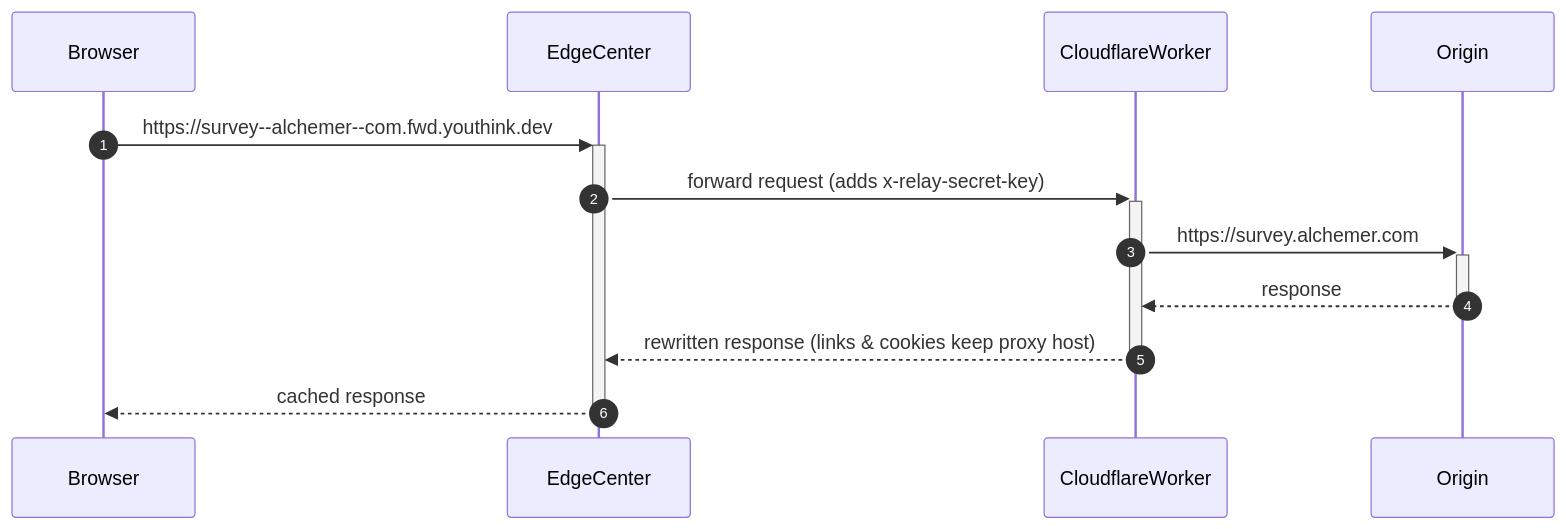
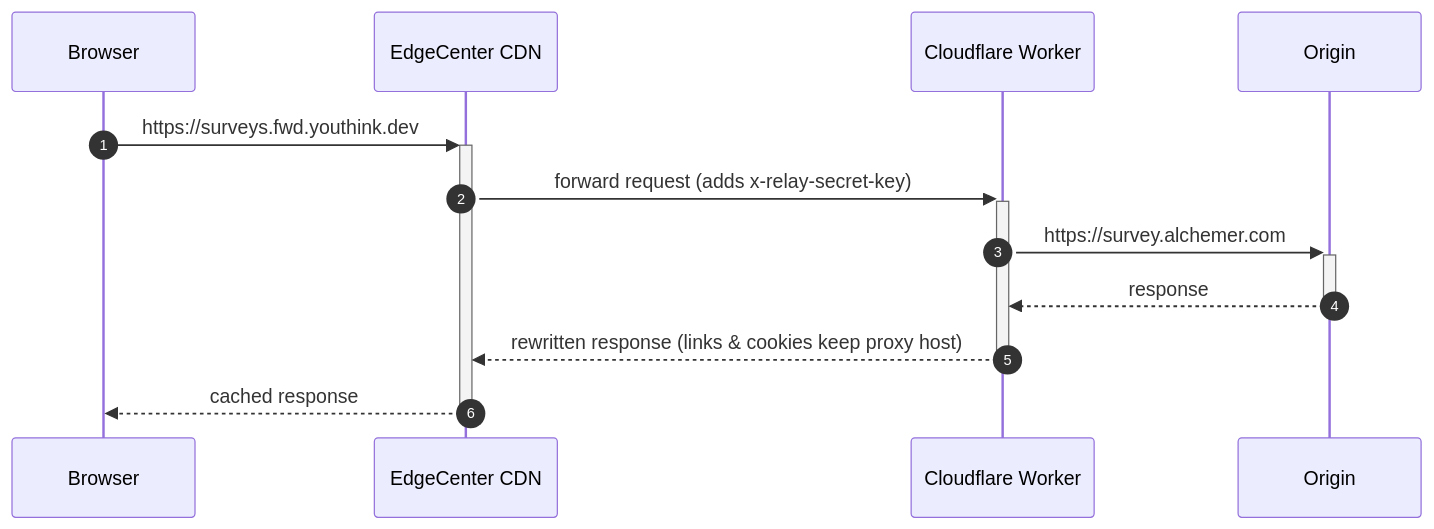
One commit to YouThinkResearch/cupli-rewriter changed the diagram in Readme.md. Above: the diagram before and after it, drawn with Mermaid. The commit also changed other lines of this file, not shown here.

````diff
--- a/Readme.md
+++ b/Readme.md
@@ -24,10 +26,10 @@
 ```mermaid
 sequenceDiagram
     autonumber
-    Browser->>+EdgeCenter: https://survey--alchemer--com.fwd.youthink.dev
-    EdgeCenter->>+CloudflareWorker: forward request (adds x-relay-secret-key)
-    CloudflareWorker->>+Origin: https://survey.alchemer.com
-    Origin-->>-CloudflareWorker: response
-    CloudflareWorker-->>-EdgeCenter: rewritten response (links & cookies keep proxy host)
-    EdgeCenter-->>-Browser: cached response
+    Browser->>+EdgeCenter CDN: https://surveys.fwd.youthink.dev
+    EdgeCenter CDN->>+Cloudflare Worker: forward request (adds x-relay-secret-key)
+    Cloudflare Worker->>+Origin: https://survey.alchemer.com
+    Origin-->>-Cloudflare Worker: response
+    Cloudflare Worker-->>-EdgeCenter CDN: rewritten response (links & cookies keep proxy host)
+    EdgeCenter CDN-->>-Browser: cached response
 ```
````
